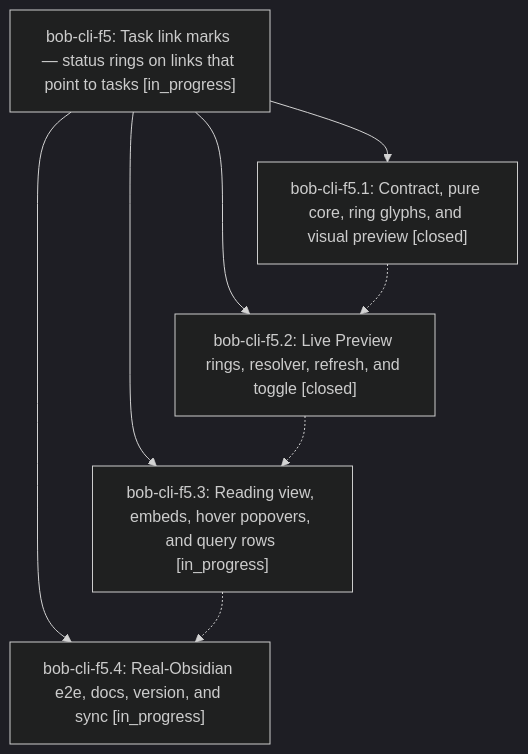
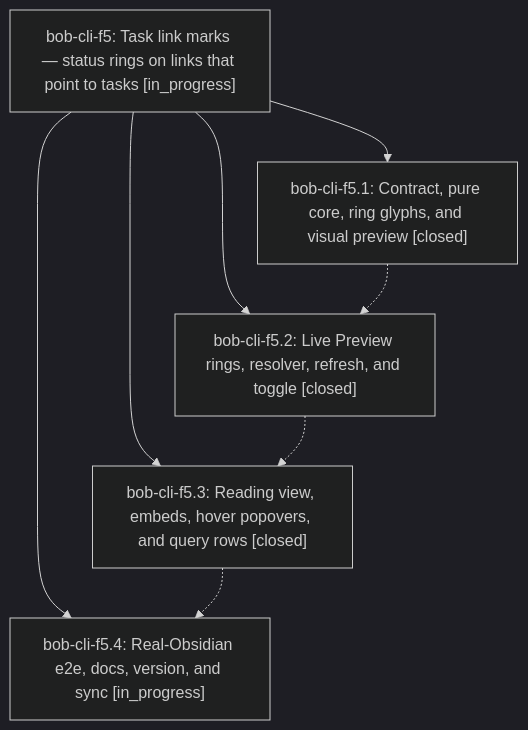
Before and after one commit to bobs-org/bob-cli--beads: the diagram in pages/bob-cli-f5/README.md, drawn with Mermaid (dark theme). The commit also changed other lines of this file and 3 other files, not shown here.

First line of the commit message:
chore(beads): sync bead state and pages for bob-cli-f5

````diff
--- a/pages/bob-cli-f5/README.md
+++ b/pages/bob-cli-f5/README.md
@@ -39,15 +39,15 @@
 ```mermaid
 flowchart TD
     n0["bob-cli-f5: Task link marks — status rings on links that point to tasks [in_progress]"]
     n1["bob-cli-f5.1: Contract, pure core, ring glyphs, and visual preview [closed]"]
     n2["bob-cli-f5.2: Live Preview rings, resolver, refresh, and toggle [closed]"]
-    n3["bob-cli-f5.3: Reading view, embeds, hover popovers, and query rows [in_progress]"]
+    n3["bob-cli-f5.3: Reading view, embeds, hover popovers, and query rows [closed]"]
     n4["bob-cli-f5.4: Real-Obsidian e2e, docs, version, and sync [in_progress]"]
     n0 --> n1
     n0 --> n2
     n0 --> n3
     n0 --> n4
     n1 -.-> n2
     n2 -.-> n3
     n3 -.-> n4
 ```
````
